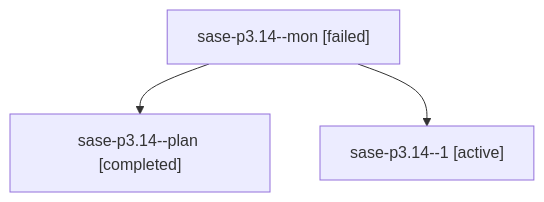
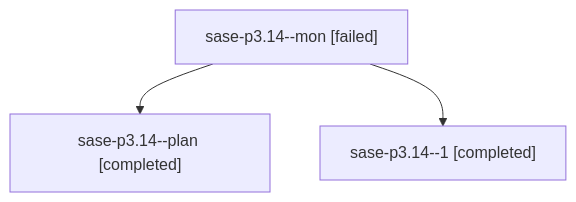
Before and after one commit to sase-org/sase--agents: the diagram in families/bbugyi200.athena.sase-p3.14.md, drawn with Mermaid. The commit also changed other lines of this file and 108 other files, not shown here.

````diff
--- a/families/bbugyi200.athena.sase-p3.14.md
+++ b/families/bbugyi200.athena.sase-p3.14.md
@@ -9,8 +9,8 @@
 ```mermaid
 flowchart TD
   n0["sase-p3.14--mon [failed]"]
   n1["sase-p3.14--plan [completed]"]
   n0 --> n1
-  n2["sase-p3.14--1 [active]"]
+  n2["sase-p3.14--1 [completed]"]
   n0 --> n2
 ```
````
